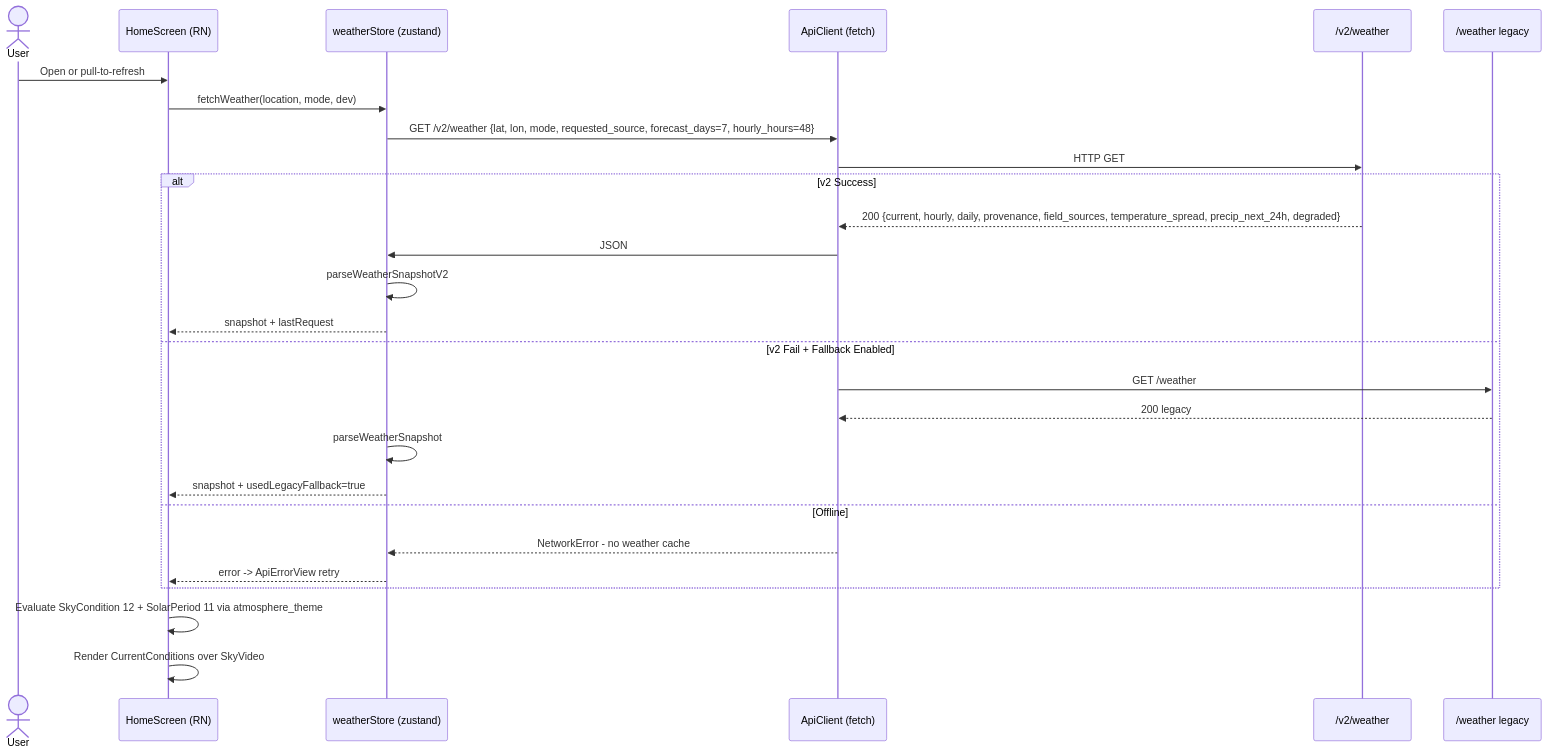
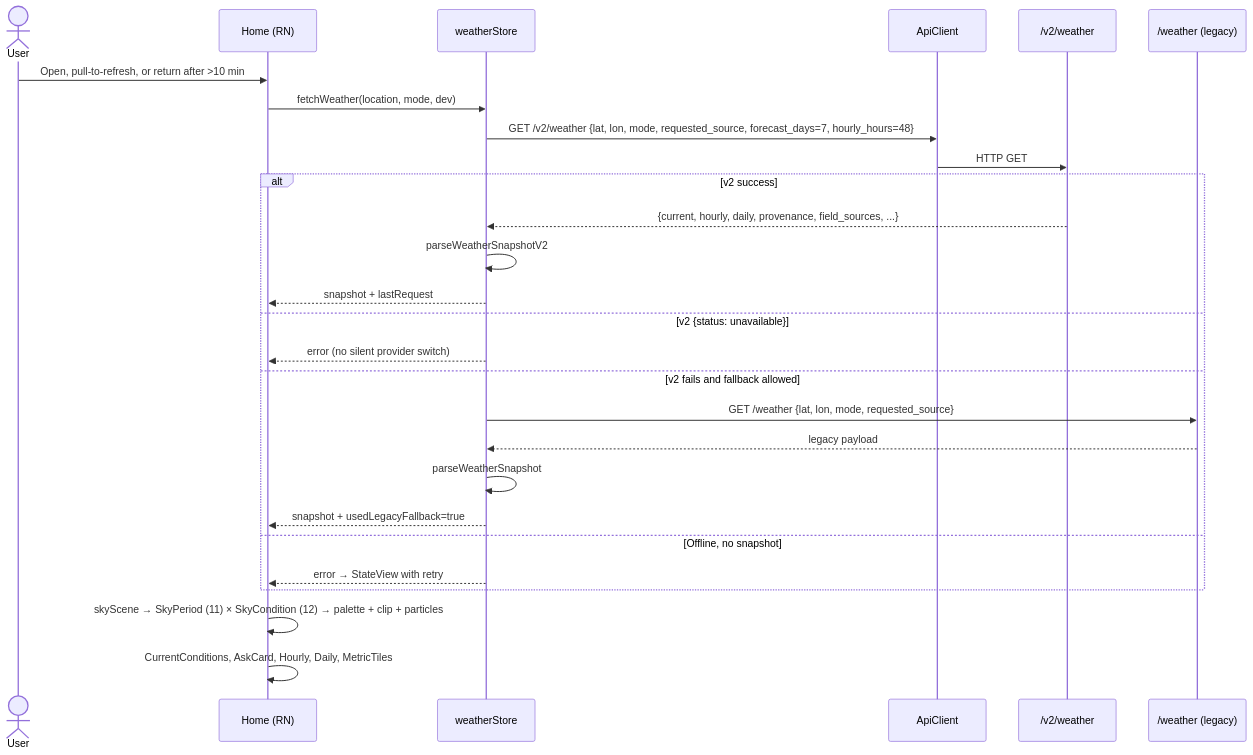
Before and after one commit to omsenjalia/weathergpt-app: the fourth of 9 diagrams in ARCHITECTURE.md, drawn with Mermaid. The commit also changed other lines of this file, not shown here.

First line of the commit message:
docs: sync ARCHITECTURE.md with current app and backend (#38)

````diff
--- a/ARCHITECTURE.md
+++ b/ARCHITECTURE.md
@@ -388,32 +472,32 @@
 ```mermaid
 sequenceDiagram
     actor User
-    participant App as HomeScreen (RN)
-    participant Store as weatherStore (zustand)
-    participant Client as ApiClient (fetch)
+    participant App as Home (RN)
+    participant Store as weatherStore
+    participant Client as ApiClient
     participant APIv2 as /v2/weather
-    participant API as /weather legacy
+    participant API as /weather (legacy)
 
-    User->>App: Open or pull-to-refresh
+    User->>App: Open, pull-to-refresh, or return after >10 min
     App->>Store: fetchWeather(location, mode, dev)
     Store->>Client: GET /v2/weather {lat, lon, mode, requested_source, forecast_days=7, hourly_hours=48}
     Client->>APIv2: HTTP GET
 
-    alt v2 Success
-        APIv2-->>Client: 200 {current, hourly, daily, provenance, field_sources, temperature_spread, precip_next_24h, degraded}
-        Client->>Store: JSON
+    alt v2 success
+        APIv2-->>Store: {current, hourly, daily, provenance, field_sources, ...}
         Store->>Store: parseWeatherSnapshotV2
         Store-->>App: snapshot + lastRequest
-    else v2 Fail + Fallback Enabled
-        Client->>API: GET /weather
-        API-->>Client: 200 legacy
+    else v2 {status: unavailable}
+        Store-->>App: error (no silent provider switch)
+    else v2 fails and fallback allowed
+        Store->>API: GET /weather {lat, lon, mode, requested_source}
+        API-->>Store: legacy payload
         Store->>Store: parseWeatherSnapshot
         Store-->>App: snapshot + usedLegacyFallback=true
-    else Offline
-        Client-->>Store: NetworkError - no weather cache
-        Store-->>App: error -> ApiErrorView retry
+    else Offline, no snapshot
+        Store-->>App: error → StateView with retry
     end
 
-    App->>App: Evaluate SkyCondition 12 + SolarPeriod 11 via atmosphere_theme
-    App->>App: Render CurrentConditions over SkyVideo
+    App->>App: skyScene → SkyPeriod (11) × SkyCondition (12) → palette + clip + particles
+    App->>App: CurrentConditions, AskCard, Hourly, Daily, MetricTiles
 ```
````
